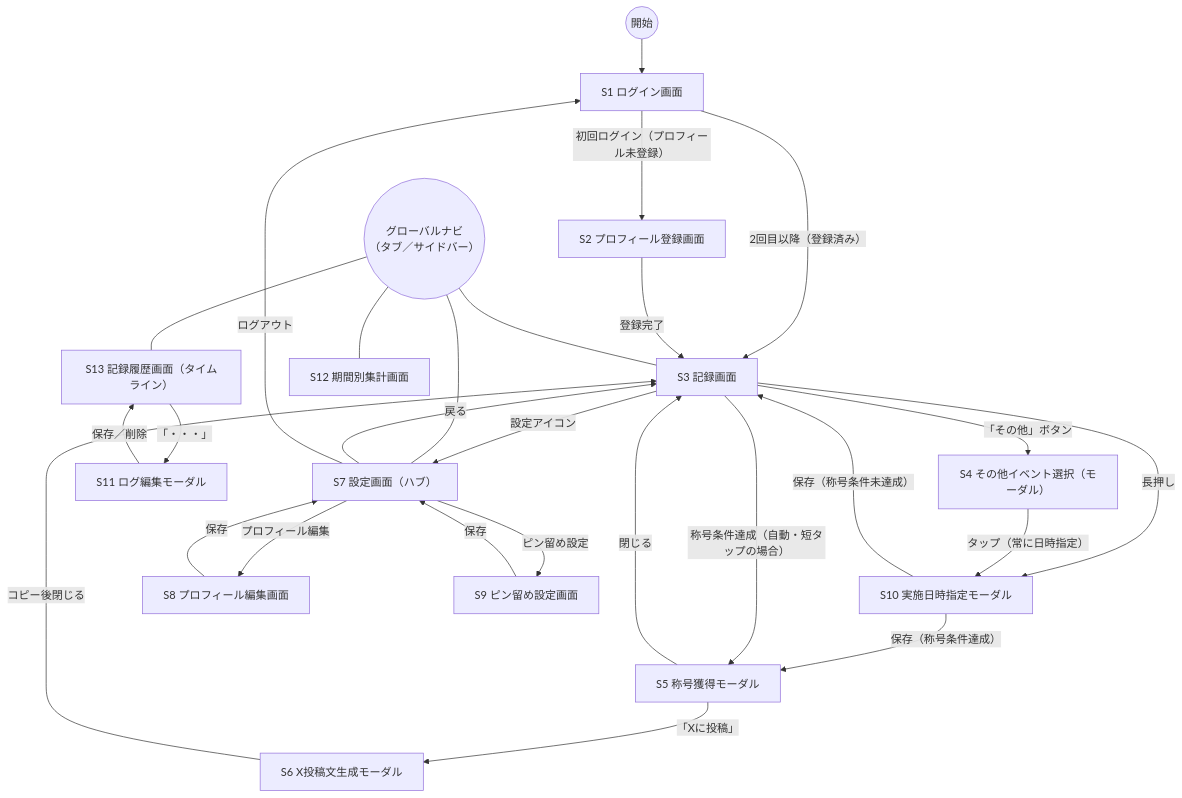
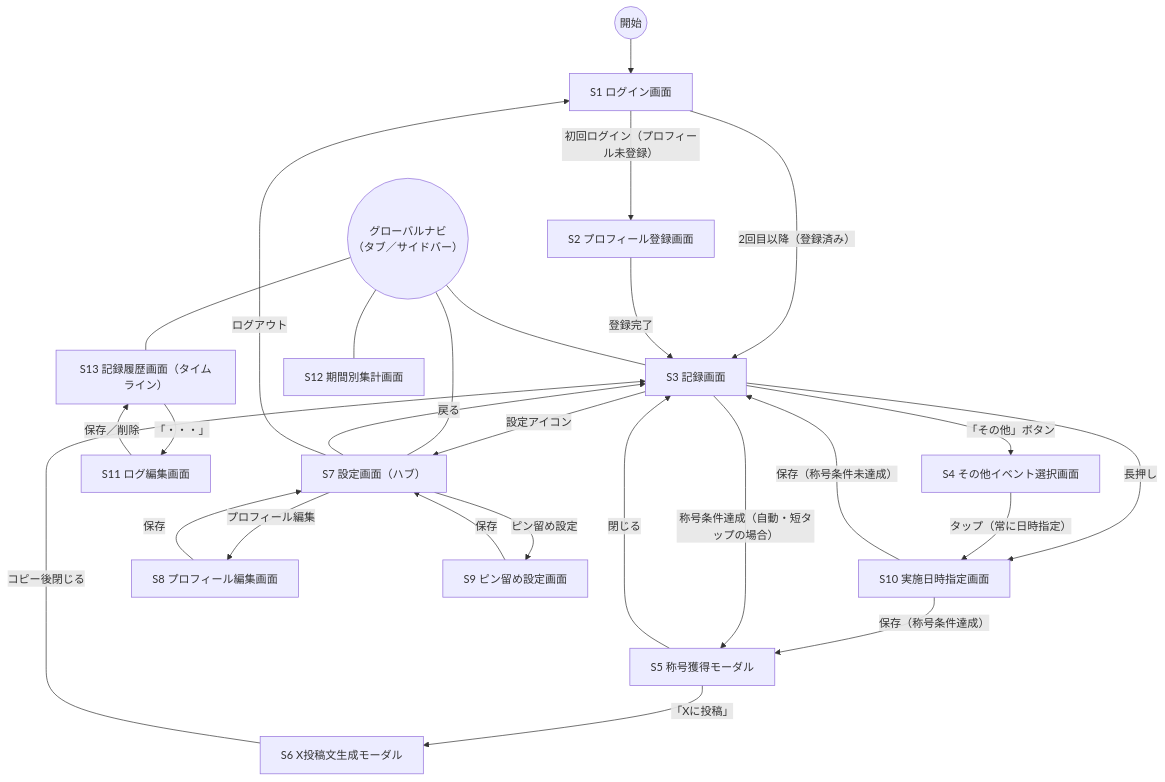
Before and after one commit to sawatch-fisherman/father-parenting-log: the diagram in docs/screens.md, drawn with Mermaid. The commit also changed other lines of this file, not shown here.

````diff
--- a/docs/screens.md
+++ b/docs/screens.md
@@ -47,39 +47,39 @@
 ```mermaid
 flowchart TD
     START(("開始")) --> S1
 
     S1["S1 ログイン画面"] -->|"初回ログイン（プロフィール未登録）"| S2
     S1 -->|"2回目以降（登録済み）"| S3
 
     S2["S2 プロフィール登録画面"] -->|"登録完了"| S3
 
     S3["S3 記録画面"] -->|"「その他」ボタン"| S4
-    S4["S4 その他イベント選択（モーダル）"]
+    S4["S4 その他イベント選択画面"]
 
     S3 -->|"長押し"| S10
     S4 -->|"タップ（常に日時指定）"| S10
-    S10["S10 実施日時指定モーダル"] -->|"保存（称号条件未達成）"| S3
+    S10["S10 実施日時指定画面"] -->|"保存（称号条件未達成）"| S3
     S10 -->|"保存（称号条件達成）"| S5
 
     S3 -->|"称号条件達成（自動・短タップの場合）"| S5
     S5["S5 称号獲得モーダル"] -->|"「Xに投稿」"| S6
     S5 -->|"閉じる"| S3
     S6["S6 X投稿文生成モーダル"] -->|"コピー後閉じる"| S3
 
     S13["S13 記録履歴画面（タイムライン）"] -->|"「・・・」"| S11
-    S11["S11 ログ編集モーダル"] -->|"保存／削除"| S13
+    S11["S11 ログ編集画面"] -->|"保存／削除"| S13
 
     S3 -->|"設定アイコン"| S7
     S7["S7 設定画面（ハブ）"] -->|"プロフィール編集"| S8
     S7 -->|"ピン留め設定"| S9
     S8["S8 プロフィール編集画面"] -->|"保存"| S7
     S9["S9 ピン留め設定画面"] -->|"保存"| S7
     S7 -->|"戻る"| S3
     S7 -->|"ログアウト"| S1
 
     GNAV(("グローバルナビ<br>（タブ／サイドバー）"))
     GNAV --- S3
     GNAV --- S12["S12 期間別集計画面"]
     GNAV --- S13
     GNAV --- S7
 ```
````
